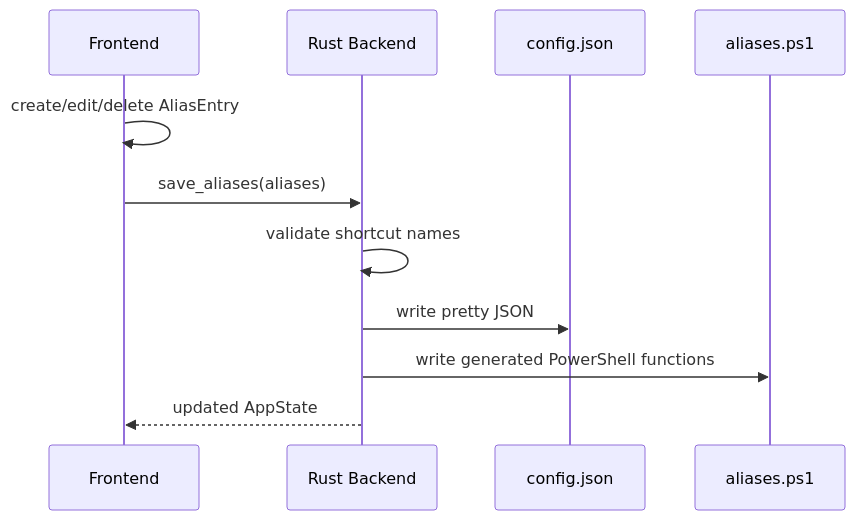
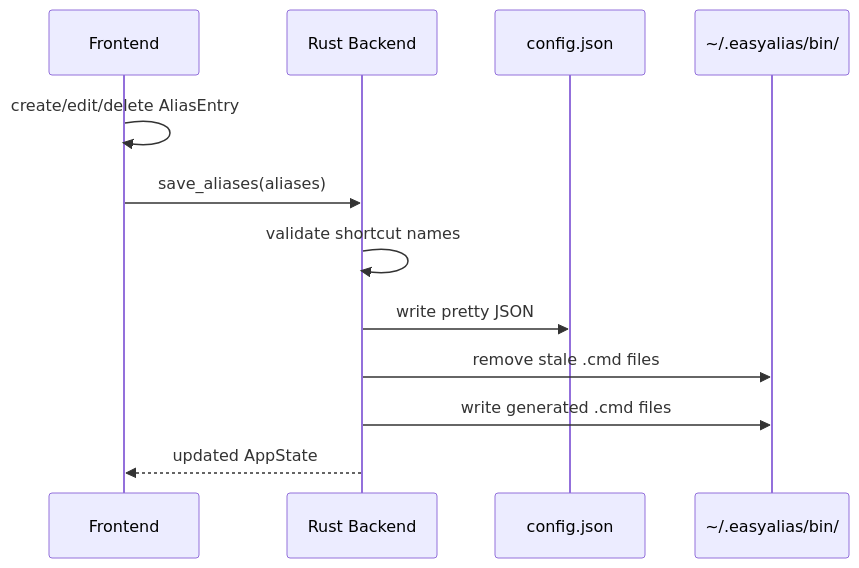
One commit to hannesgnann-hub/easyalias changed the sixth of 7 diagrams in windows_src/docs/ARCHITECTURE.md. Above: the diagram before and after it, drawn with Mermaid. The commit also changed other lines of this file and 5 other files, not shown here.

````diff
--- a/windows_src/docs/ARCHITECTURE.md
+++ b/windows_src/docs/ARCHITECTURE.md
@@ -206,14 +207,15 @@
 ```mermaid
 sequenceDiagram
   participant UI as Frontend
   participant Rust as Rust Backend
   participant Config as config.json
-  participant PS as aliases.ps1
+  participant Bin as ~/.easyalias/bin/
 
   UI->>UI: create/edit/delete AliasEntry
   UI->>Rust: save_aliases(aliases)
   Rust->>Rust: validate shortcut names
   Rust->>Config: write pretty JSON
-  Rust->>PS: write generated PowerShell functions
+  Rust->>Bin: remove stale .cmd files
+  Rust->>Bin: write generated .cmd files
   Rust-->>UI: updated AppState
 ```
````
